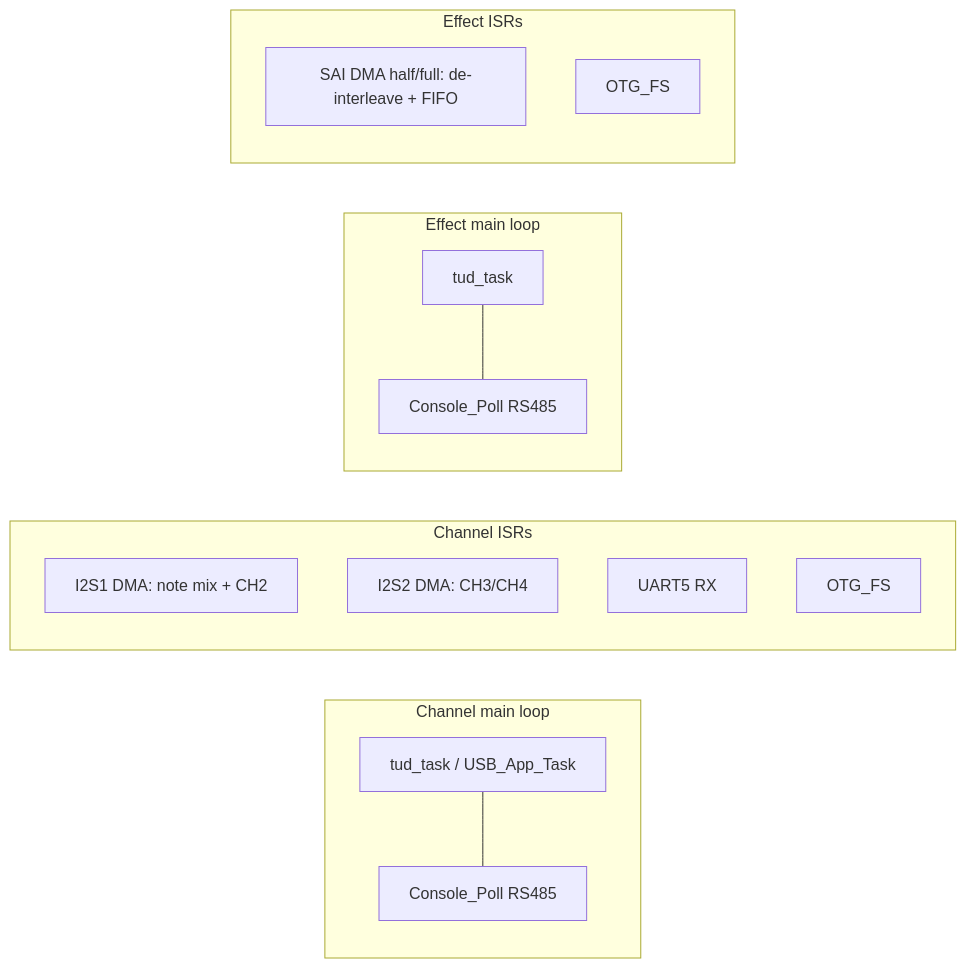
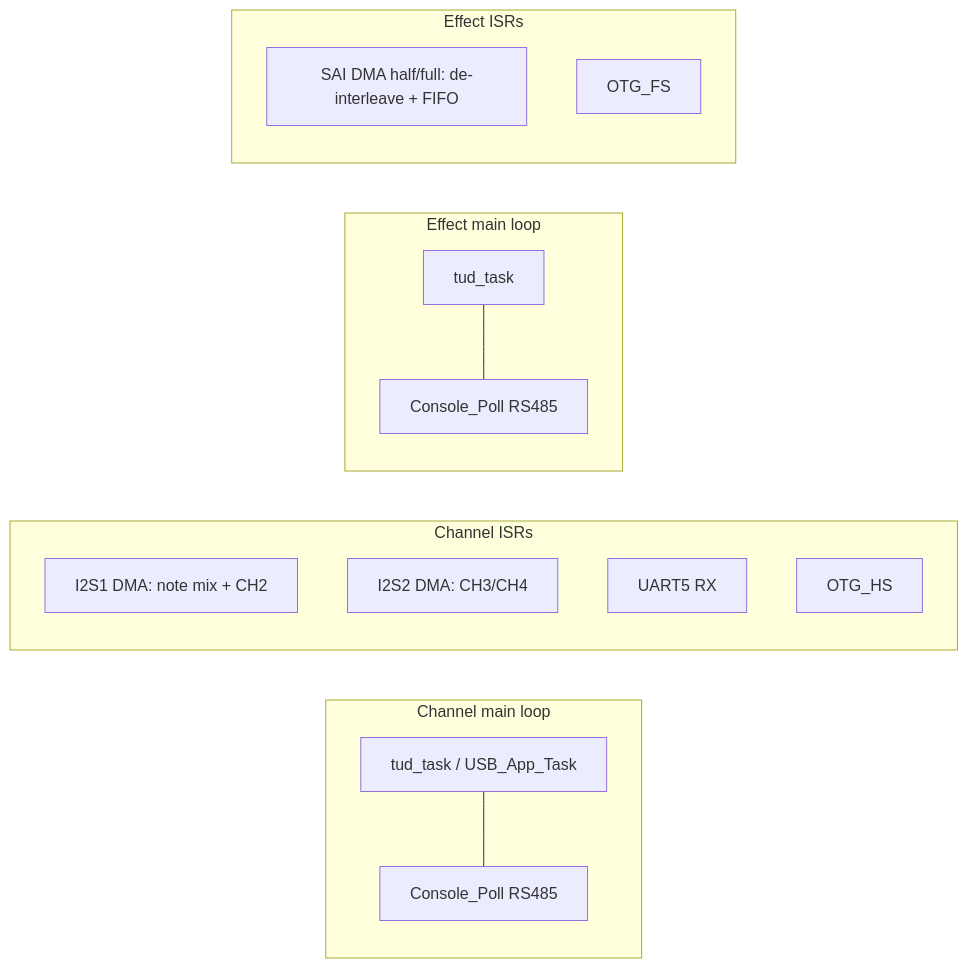
The fifth of 5 diagrams in channel_card/docs/diagrams/card_data_flow.md (narendrabhatt-freshwater/firmware), drawn with Mermaid before and after one commit. The commit also changed other lines of this file and 47 other files, not shown here.

````diff
--- a/channel_card/docs/diagrams/card_data_flow.md
+++ b/channel_card/docs/diagrams/card_data_flow.md
@@ -240,26 +244,26 @@
 ```mermaid
 flowchart LR
   subgraph ch_loop [Channel main loop]
     Tud1[tud_task / USB_App_Task]
     Con1[Console_Poll RS485]
     Tud1 --- Con1
   end
 
   subgraph ch_isr [Channel ISRs]
     I2S1[I2S1 DMA: note mix + CH2]
     I2S2[I2S2 DMA: CH3/CH4]
     U5[UART5 RX]
-    USB1[OTG_FS]
+    USB1[OTG_HS]
   end
 
   subgraph fx_loop [Effect main loop]
     Tud2[tud_task]
     Con2[Console_Poll RS485]
     Tud2 --- Con2
   end
 
   subgraph fx_isr [Effect ISRs]
     SaiDma[SAI DMA half/full: de-interleave + FIFO]
     USB2[OTG_FS]
   end
 ```
````
